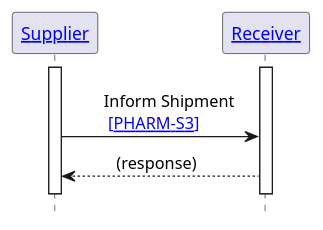
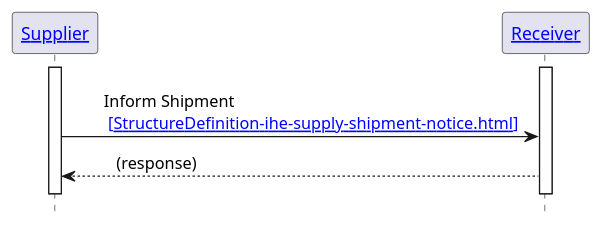
One commit to IHE/pharm-supply changed the diagram in input/images-source/pharm-s3.plantuml. Above: the diagram before and after it, drawn with PlantUML. The commit also changed 10 other files, not shown here.

```diff
--- a/input/images-source/pharm-s3.plantuml
+++ b/input/images-source/pharm-s3.plantuml
@@ -1,22 +1,22 @@
 @startuml
 
 hide footbox
 
 '!include ./style.iuml
 
 
 Participant "[[actors_and_transactions.html#supplier Supplier]]" as S
 Participant "[[actors_and_transactions.html#receiver Receiver]]" as R
 
 activate S
 activate R
 
 S -[hidden]> R
-S -> R: \tInform Shipment \n\t [[PHARM-S3.html{Shipment Notice} ~[PHARM-S3~]]]
+S -> R: \tInform Shipment \n\t [[PHARM-S3.html{Shipment Notice} ~[StructureDefinition-ihe-supply-shipment-notice.html~]]]
 S <-- R: \t(response)\t
 S -[hidden]> R
 
 deactivate S
 deactivate R
 
 @enduml
```
